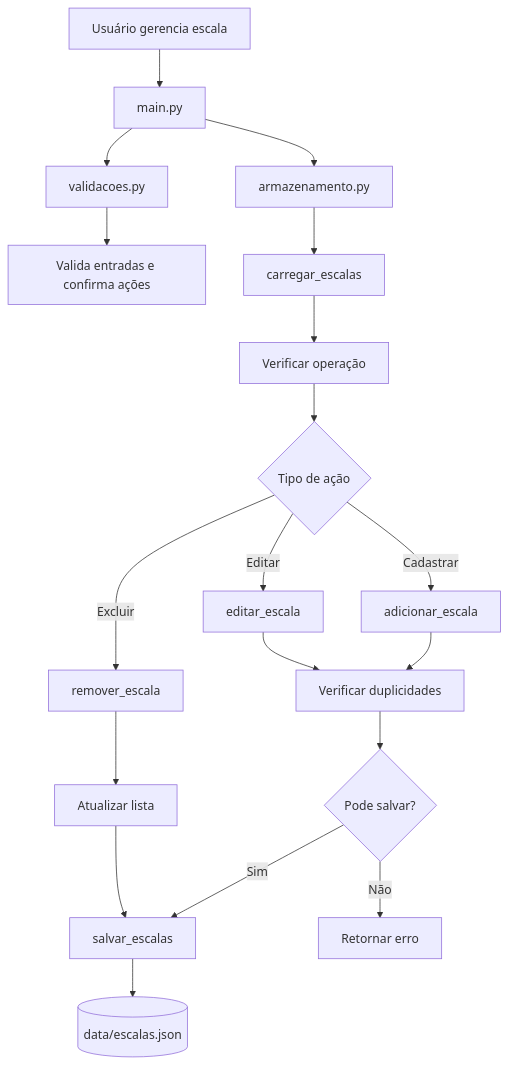
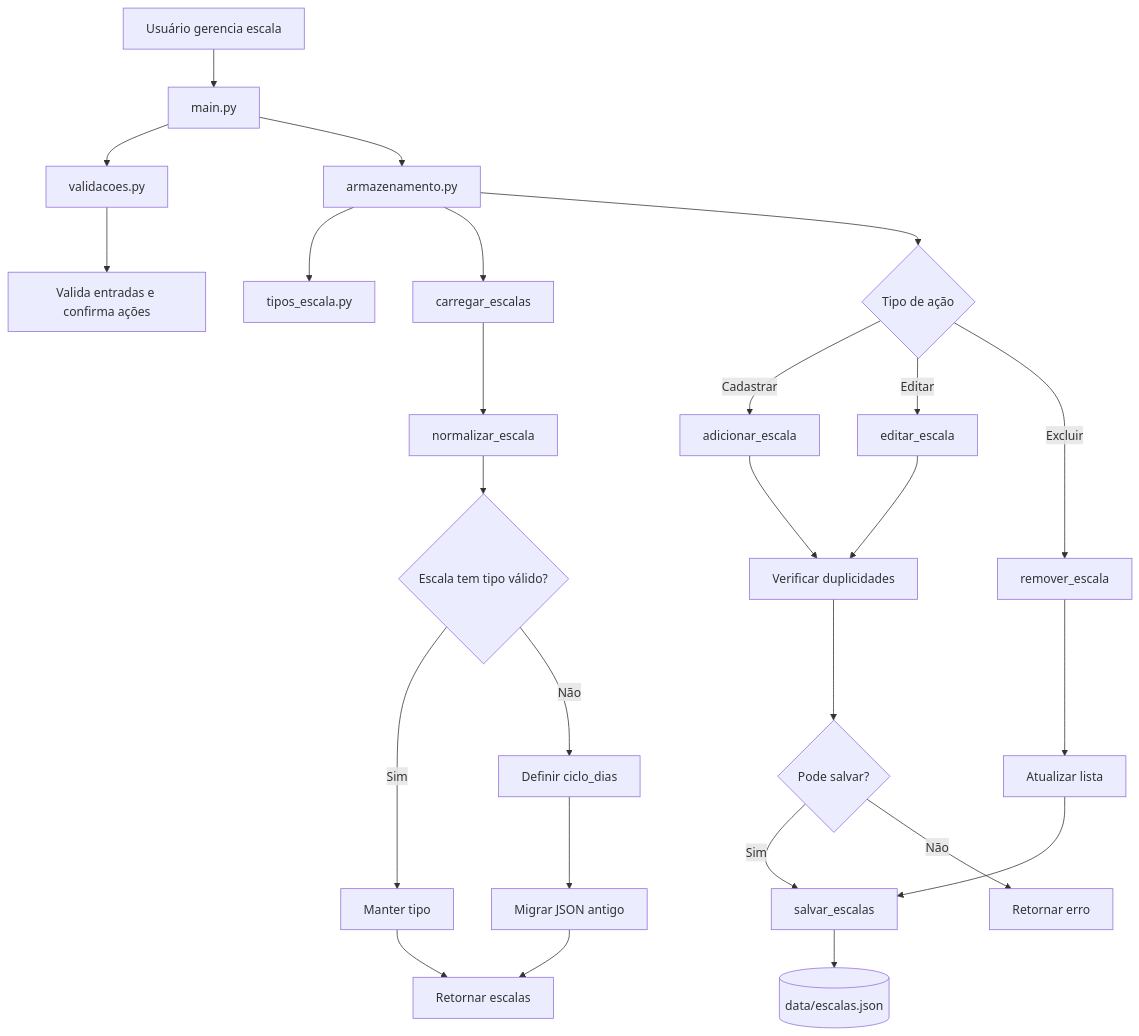
Before and after one commit to Dinox75/simulador-escala-trabalho: the third of 4 diagrams in README.md, drawn with Mermaid. The commit also changed other lines of this file, not shown here.

````diff
--- a/README.md
+++ b/README.md
@@ -644,27 +744,36 @@
 ```mermaid
 flowchart TD
     A[Usuário gerencia escala] --> B[main.py]
     B --> C[validacoes.py]
     B --> D[armazenamento.py]
+    D --> T[tipos_escala.py]
 
     C --> E[Valida entradas e confirma ações]
 
     D --> F[carregar_escalas]
-    F --> G[Verificar operação]
+    F --> F1[normalizar_escala]
+    F1 --> F2{Escala tem tipo válido?}
 
-    G --> H{Tipo de ação}
-    H -->|Cadastrar| I[adicionar_escala]
-    H -->|Editar| J[editar_escala]
-    H -->|Excluir| K[remover_escala]
+    F2 -->|Sim| G[Manter tipo]
+    F2 -->|Não| H[Definir ciclo_dias]
 
-    I --> L[Verificar duplicidades]
-    J --> L
-    K --> M[Atualizar lista]
+    G --> I[Retornar escalas]
+    H --> J[Migrar JSON antigo]
+    J --> I
 
-    L --> N{Pode salvar?}
-    N -->|Sim| O[salvar_escalas]
-    N -->|Não| P[Retornar erro]
+    D --> K{Tipo de ação}
+    K -->|Cadastrar| L[adicionar_escala]
+    K -->|Editar| M[editar_escala]
+    K -->|Excluir| N[remover_escala]
 
+    L --> O[Verificar duplicidades]
     M --> O
-    O --> Q[(data/escalas.json)]
+    N --> P[Atualizar lista]
+
+    O --> Q{Pode salvar?}
+    Q -->|Sim| R[salvar_escalas]
+    Q -->|Não| S[Retornar erro]
+
+    P --> R
+    R --> U[(data/escalas.json)]
 ```
````
